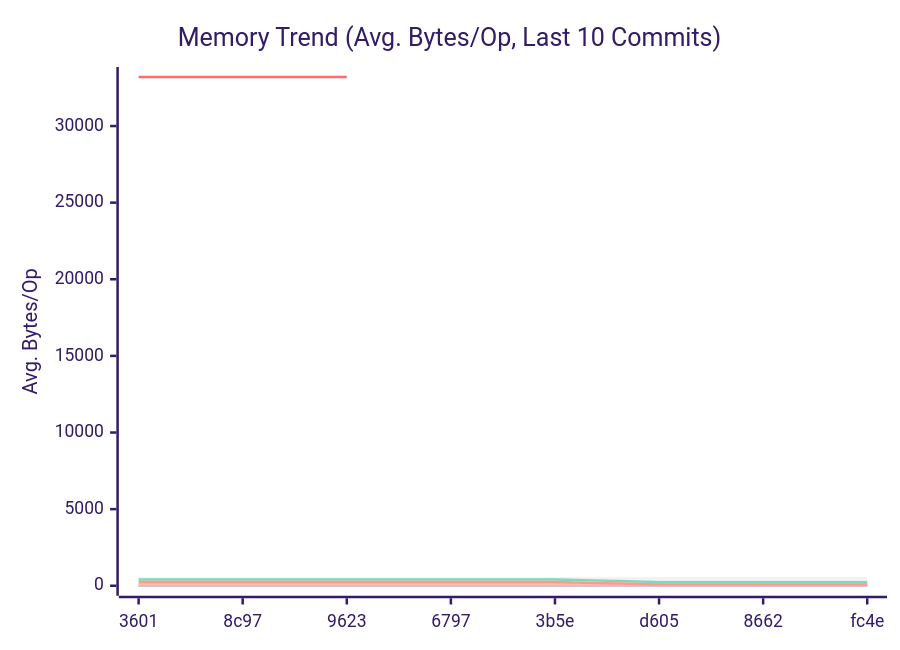
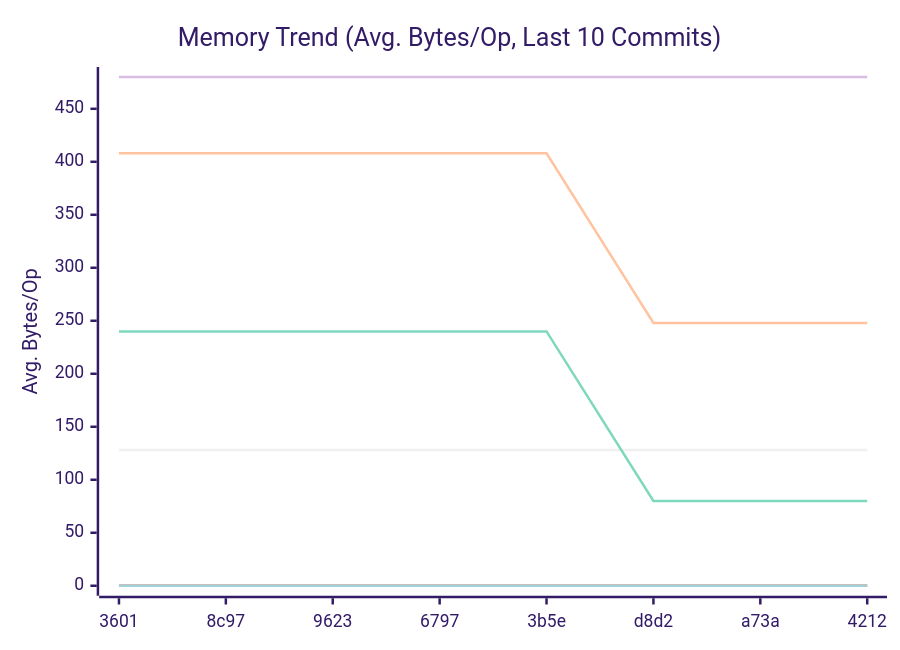
Before and after one commit to alsotoes/momo: the second of 3 diagrams in docs/README.md, drawn with Mermaid (forest theme). The commit also changed other lines of this file and 9 other files, not shown here.

````diff
--- a/docs/README.md
+++ b/docs/README.md
@@ -323,15 +318,14 @@
 ```mermaid
 xychart-beta
     title "Memory Trend (Avg. Bytes/Op, Last 10 Commits)"
     x-axis "Commit"
     y-axis "Avg. Bytes/Op"
-    x-axis [3601,8c97,9623,6797,3b5e,d605,8662,fc4e]
+    x-axis [3601,8c97,9623,6797,3b5e,d8d2,a73a,4212]
     line "CheckMetricsAndSwap" [0,0,0,0,0,0,0,0,0,0]
-    line "HashFile" [33197,33200,33195]
     line "IndexDirectTracking" [0,0,0,0,0,0,0,0,0,0]
     line "IndexSearch" [0,0,0,0,0,0,0,0,0,0]
     line "LoadGlobalConfig" [480,480,480,480,480,480,480,480,480,480]
     line "PadString" [128,128,128,128,128,128,128,128,128,128]
     line "ParseReplicationOrder_NoPrealloc" [408,408,408,408,408,248,248,248,248,248]
     line "ParseReplicationOrder_Prealloc" [240,240,240,240,240,80,80,80,80,80]
 ```
````
